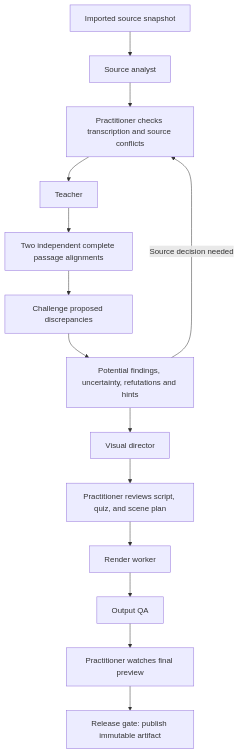
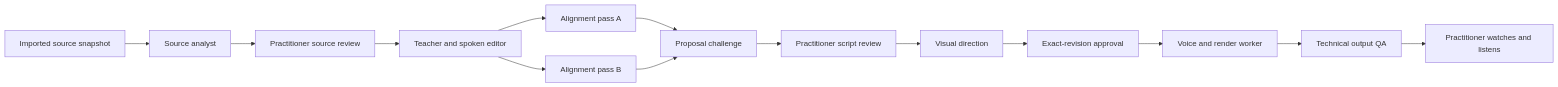
The second of 2 diagrams in docs/MULTI_AGENT_ARCHITECTURE.md (tasnimuldatascience/narrate-medical-studio), drawn with Mermaid before and after one commit. The commit also changed other lines of this file and 4 other files, not shown here.

Commit message:
Rewrite product and architecture documentation

````diff
--- a/docs/MULTI_AGENT_ARCHITECTURE.md
+++ b/docs/MULTI_AGENT_ARCHITECTURE.md
@@ -53,16 +49,16 @@
 ```mermaid
-flowchart TD
-  I[Imported source snapshot] --> S[Source analyst]
-  S --> SR[Practitioner checks transcription and source conflicts]
-  SR --> T[Teacher]
-  T --> C[Two independent complete passage alignments]
-  C --> D[Challenge proposed discrepancies]
-  D --> E[Potential findings, uncertainty, refutations and hints]
-  E -->|Source decision needed| SR
-  E --> V[Visual director]
-  V --> R[Practitioner reviews script, quiz, and scene plan]
-  R --> W[Render worker]
-  W --> Q[Output QA]
-  Q --> P[Practitioner watches final preview]
-  P --> G[Release gate: publish immutable artifact]
+flowchart LR
+    Import[Imported source snapshot] --> Analyst[Source analyst]
+    Analyst --> SourceReview[Practitioner source review]
+    SourceReview --> Teacher[Teacher and spoken editor]
+    Teacher --> AlignA[Alignment pass A]
+    Teacher --> AlignB[Alignment pass B]
+    AlignA --> Challenge[Proposal challenge]
+    AlignB --> Challenge
+    Challenge --> ScriptReview[Practitioner script review]
+    ScriptReview --> Visual[Visual direction]
+    Visual --> Approval[Exact-revision approval]
+    Approval --> Render[Voice and render worker]
+    Render --> QA[Technical output QA]
+    QA --> FinalReview[Practitioner watches and listens]
 ```
````
